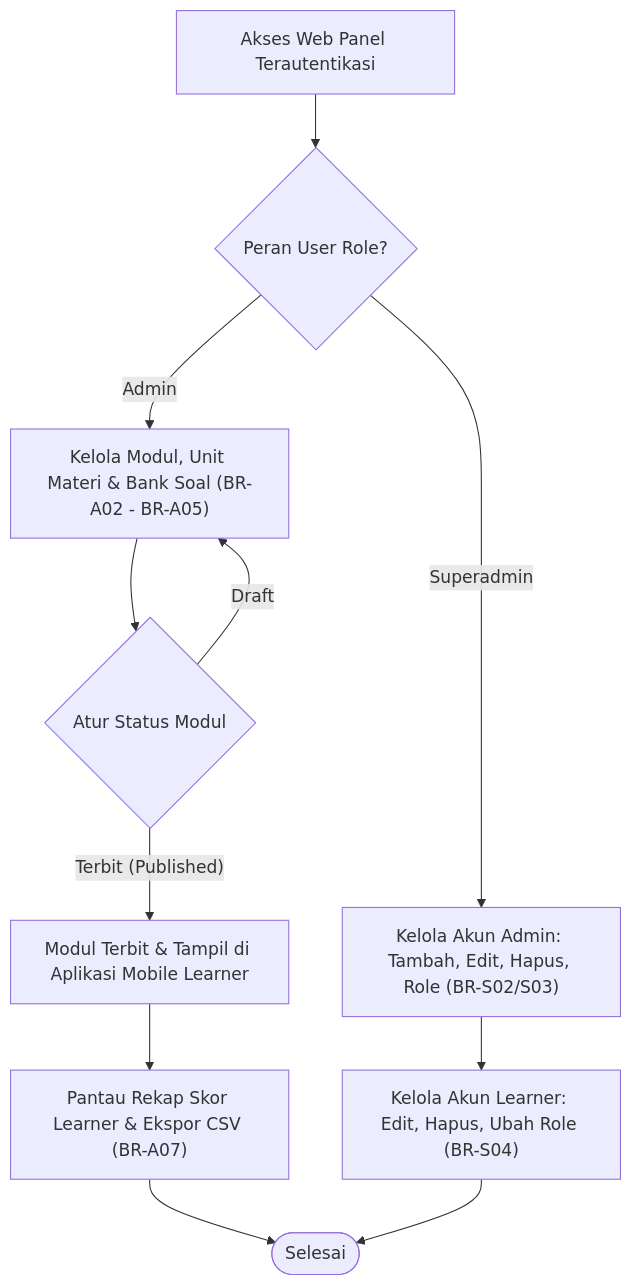
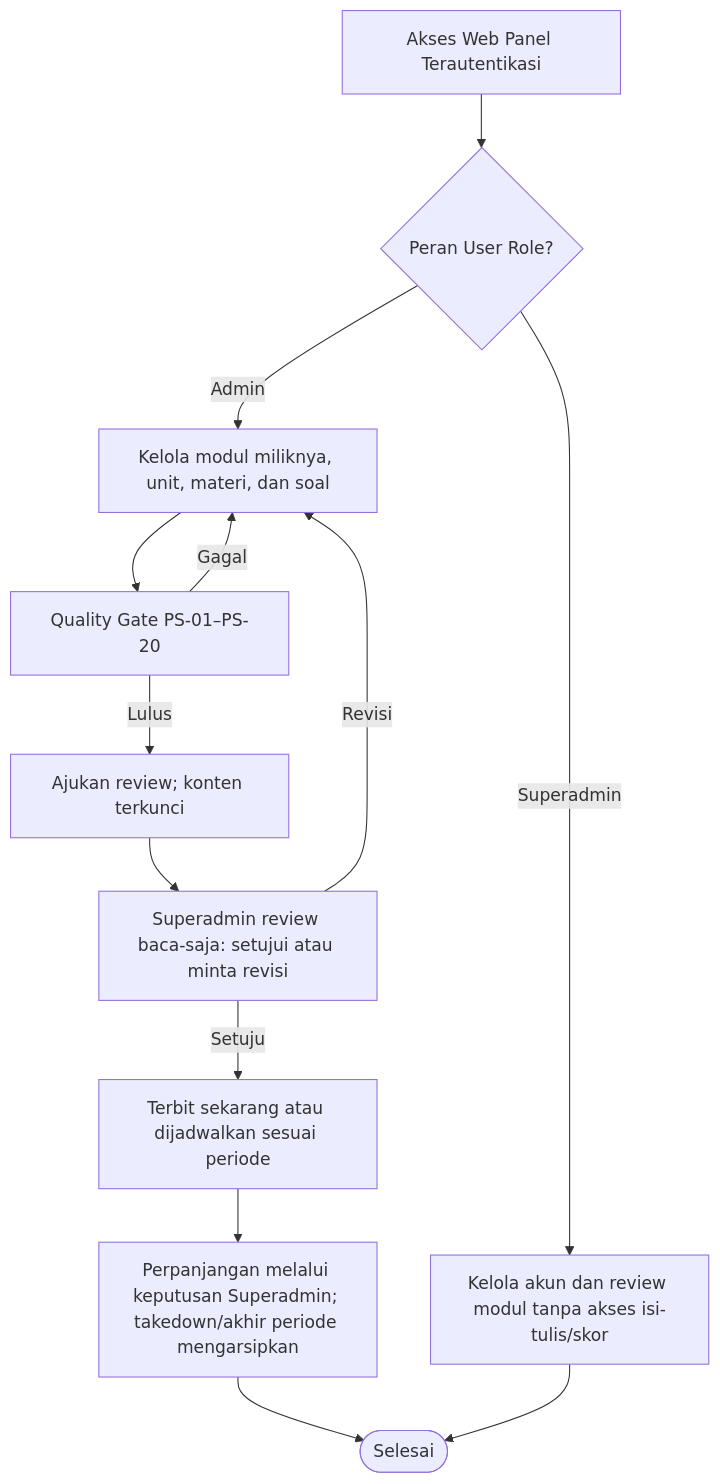
Before and after one commit to artadina/sinau_backend: the fifth of 5 diagrams in docs/ERD.md, drawn with Mermaid. The commit also changed other lines of this file and 44 other files, not shown here.

````diff
--- a/docs/ERD.md
+++ b/docs/ERD.md
@@ -278,13 +342,15 @@
 ```mermaid
 flowchart TD
     A[Akses Web Panel Terautentikasi] --> B{Peran User Role?}
-    B -- Admin --> C["Kelola Modul, Unit Materi & Bank Soal (BR-A02 - BR-A05)"]
-    C --> D{Atur Status Modul}
-    D -- Draft --> C
-    D -- "Terbit (Published)" --> E[Modul Terbit & Tampil di Aplikasi Mobile Learner]
-    E --> F["Pantau Rekap Skor Learner & Ekspor CSV (BR-A07)"]
-    B -- Superadmin --> G["Kelola Akun Admin: Tambah, Edit, Hapus, Role (BR-S02/S03)"]
-    G --> H["Kelola Akun Learner: Edit, Hapus, Ubah Role (BR-S04)"]
-    F --> Z([Selesai])
-    H --> Z
+    B -- Admin --> C["Kelola modul miliknya, unit, materi, dan soal"]
+    C --> D["Quality Gate PS-01–PS-20"]
+    D -- Lulus --> E["Ajukan review; konten terkunci"]
+    D -- Gagal --> C
+    E --> F["Superadmin review baca-saja: setujui atau minta revisi"]
+    F -- Revisi --> C
+    F -- Setuju --> G["Terbit sekarang atau dijadwalkan sesuai periode"]
+    G --> H["Perpanjangan melalui keputusan Superadmin; takedown/akhir periode mengarsipkan"]
+    B -- Superadmin --> I["Kelola akun dan review modul tanpa akses isi-tulis/skor"]
+    H --> Z([Selesai])
+    I --> Z
 ```
````
